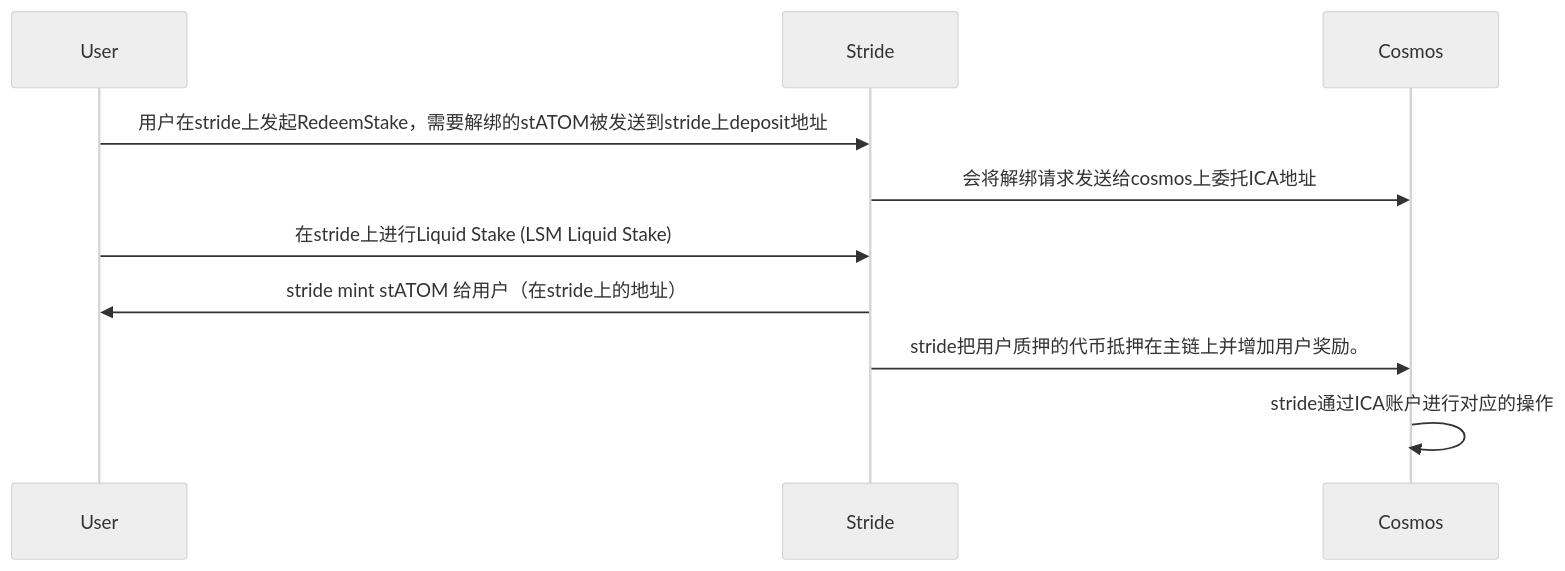
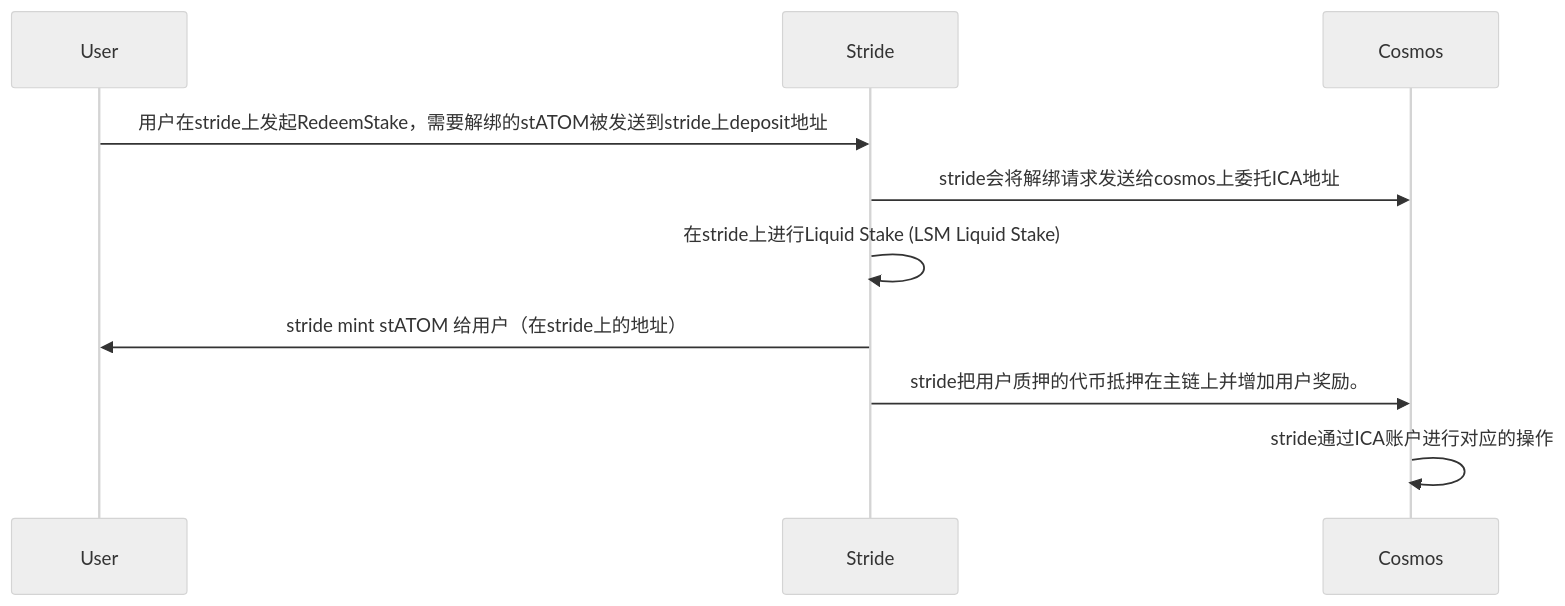
The diagram in all/unbonding.md (yingjianzh/iodraw-files), drawn with Mermaid (neutral theme) before and after one commit.

Commit message:
2024-03-28 15:03:25 update

````diff
--- a/all/unbonding.md
+++ b/all/unbonding.md
@@ -1,9 +1,9 @@
 ```mermaid
 sequenceDiagram
     User->>Stride: 用户在stride上发起RedeemStake，需要解绑的stATOM被发送到stride上deposit地址
-    Stride->>Cosmos: 会将解绑请求发送给cosmos上委托ICA地址
-    User->>Stride: 在stride上进行Liquid Stake (LSM Liquid Stake)
+    Stride->>Cosmos: stride会将解绑请求发送给cosmos上委托ICA地址
+    Stride->>Stride: 在stride上进行Liquid Stake (LSM Liquid Stake)
     Stride->>User: stride mint stATOM 给用户（在stride上的地址）
     Stride->>Cosmos: stride把用户质押的代币抵押在主链上并增加用户奖励。
     Cosmos->>Cosmos: stride通过ICA账户进行对应的操作
 ```
````
